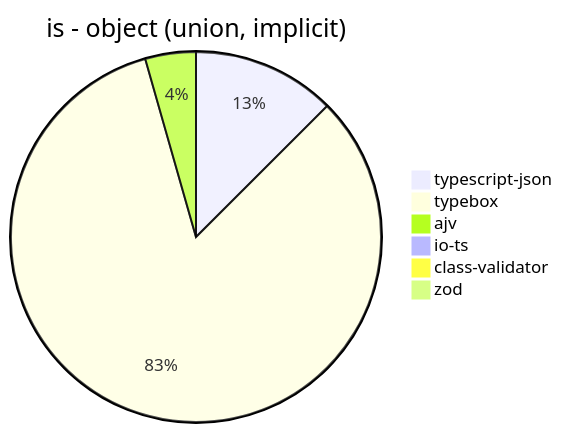
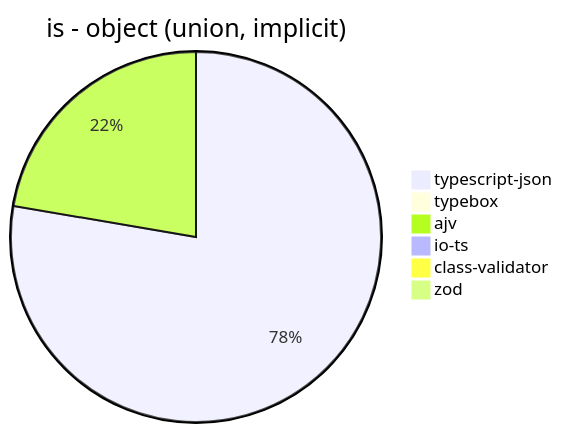
One commit to samchon/typia changed the fourth of 39 diagrams in benchmark/results/11th Gen Intel(R) Core(TM) i5-1135G7 @ 2.40GHz.md. Above: the diagram before and after it, drawn with Mermaid. The commit also changed other lines of this file and 7 other files, not shown here.

````diff
--- a/benchmark/results/11th Gen Intel(R) Core(TM) i5-1135G7 @ 2.40GHz.md
+++ b/benchmark/results/11th Gen Intel(R) Core(TM) i5-1135G7 @ 2.40GHz.md
@@ -54,9 +54,9 @@
 ```mermaid
 pie title is - object (union, implicit)
-  "typescript-json": 11555.311355311356
-  "typebox": 76721.90013091452
-  "ajv": 4082.611100866679
+  "typescript-json": 14312.672429648703
+  "typebox": 0
+  "ajv": 4110.985915492957
   "io-ts": 0
-  "class-validator": 16.37852593266606
-  "zod": 45.85798816568047
+  "class-validator": 16.3265306122449
+  "zod": 18.640557333835435
 ```
````
